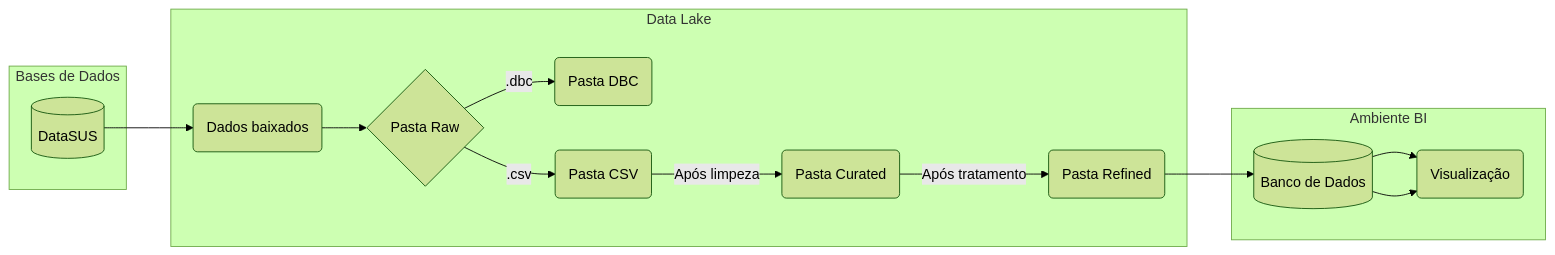
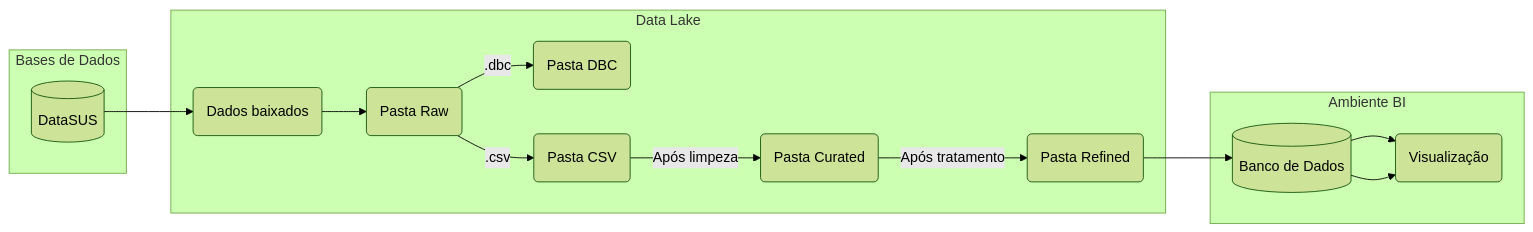
One commit to IBTI-DF/SIGFAPDF changed the diagram in README.md. Above: the diagram before and after it, drawn with Mermaid (forest theme).

````diff
--- a/README.md
+++ b/README.md
@@ -9,24 +9,24 @@
 ```mermaid
 flowchart LR
-H[(DataSUS)] --> A(Dados baixados) --> B{Pasta Raw}
+H[(DataSUS)] --> A(Dados baixados) --> B(Pasta Raw)
 B -- .dbc --> C(Pasta DBC)
 B -- .csv --> D(Pasta CSV)
 D -- Após limpeza --> E(Pasta Curated)
 E -- Após tratamento --> F(Pasta Refined) --> G[(Banco de Dados)] --> K(Visualização)
 G --> K
 subgraph Bases de Dados
 H
 end
 subgraph Data Lake
 B
 A
 C
 D
 E
 F
 end
 subgraph Ambiente BI
 G
 K
 end
 ```
````
